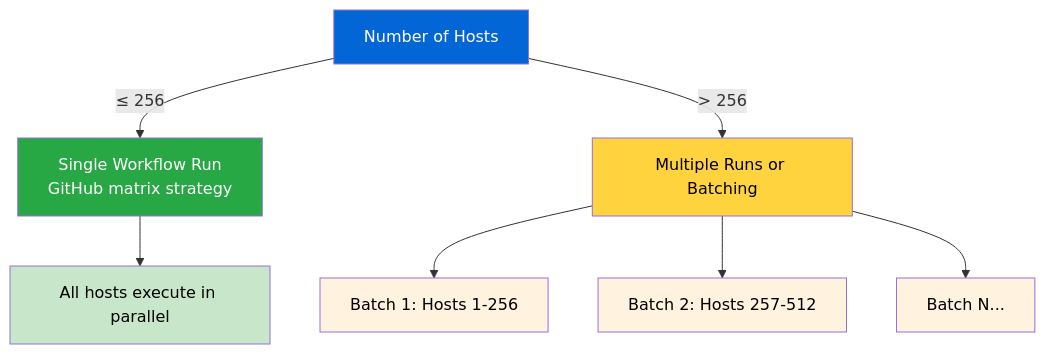
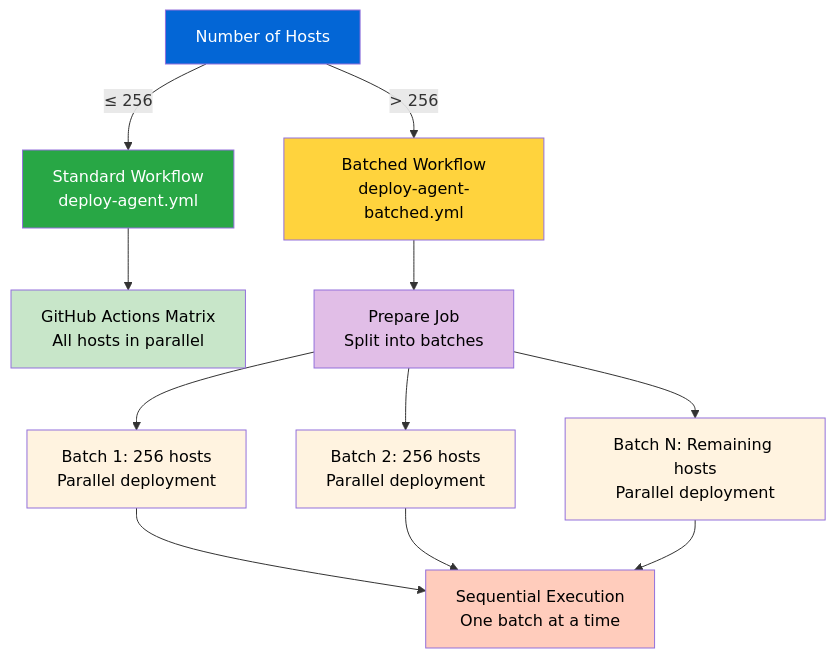
The sixth of 7 diagrams in ARCHITECTURE.md (chambear2809/github-actions-lab), drawn with Mermaid before and after one commit. The commit also changed other lines of this file and 2 other files, not shown here.

First line of the commit message:
Docs: Add comprehensive batched deployment documentation

````diff
--- a/ARCHITECTURE.md
+++ b/ARCHITECTURE.md
@@ -191,19 +192,27 @@
 ```mermaid
 graph TD
     A[Number of Hosts]
-    A -->|"≤ 256"| B[Single Workflow Run<br/>GitHub matrix strategy]
-    A -->|"> 256"| C[Multiple Runs or Batching]
+    A -->|"≤ 256"| B[Standard Workflow<br/>deploy-agent.yml]
+    A -->|"> 256"| C[Batched Workflow<br/>deploy-agent-batched.yml]
     
-    B --> D[All hosts execute in parallel]
-    C --> E[Batch 1: Hosts 1-256]
-    C --> F[Batch 2: Hosts 257-512]
-    C --> G[Batch N...]
+    B --> D[GitHub Actions Matrix<br/>All hosts in parallel]
+    
+    C --> E[Prepare Job<br/>Split into batches]
+    E --> F[Batch 1: 256 hosts<br/>Parallel deployment]
+    E --> G[Batch 2: 256 hosts<br/>Parallel deployment]
+    E --> H[Batch N: Remaining hosts<br/>Parallel deployment]
+    
+    F --> I[Sequential Execution<br/>One batch at a time]
+    G --> I
+    H --> I
 
     style A fill:#0366d6,color:#fff
     style B fill:#28a745,color:#fff
     style C fill:#ffd33d,color:#000
     style D fill:#c8e6c9,color:#000
-    style E fill:#fff3e0,color:#000
+    style E fill:#e1bee7,color:#000
     style F fill:#fff3e0,color:#000
     style G fill:#fff3e0,color:#000
+    style H fill:#fff3e0,color:#000
+    style I fill:#ffccbc,color:#000
 ```
````
